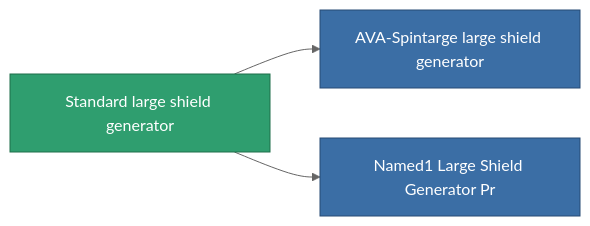
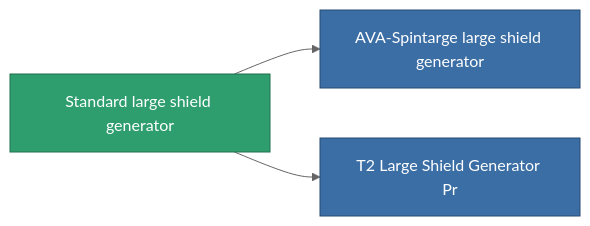
Before and after one commit to OpenPerpetuum/Wiki: the diagram in content/content/items/standard_large_shield_generator.md, drawn with Mermaid (neutral theme). The commit also changed other lines of this file and 4904 other files, not shown here.

````diff
--- a/content/content/items/standard_large_shield_generator.md
+++ b/content/content/items/standard_large_shield_generator.md
@@ -65,13 +49,13 @@
 ```mermaid
 graph LR
     a["Standard large shield generator"]:::current
     b["AVA-Spintarge large shield generator"]:::prod
     a --> b
     click b "/content/items/named1-large-shield-generator/" "AVA-Spintarge large shield generator"
-    c["Named1 Large Shield Generator Pr"]:::prod
+    c["T2 Large Shield Generator Pr"]:::prod
     a --> c
-    click c "/content/items/named1-large-shield-generator-pr/" "Named1 Large Shield Generator Pr"
+    click c "/content/items/named1-large-shield-generator-pr/" "T2 Large Shield Generator Pr"
     classDef current fill:#2f9e6f,stroke:#1f6f4a,color:#ffffff
     classDef prod fill:#3b6ea5,stroke:#274a75,color:#ffffff
     classDef more fill:#39445a,stroke:#54658a,color:#d5dbe8
 ```
````
